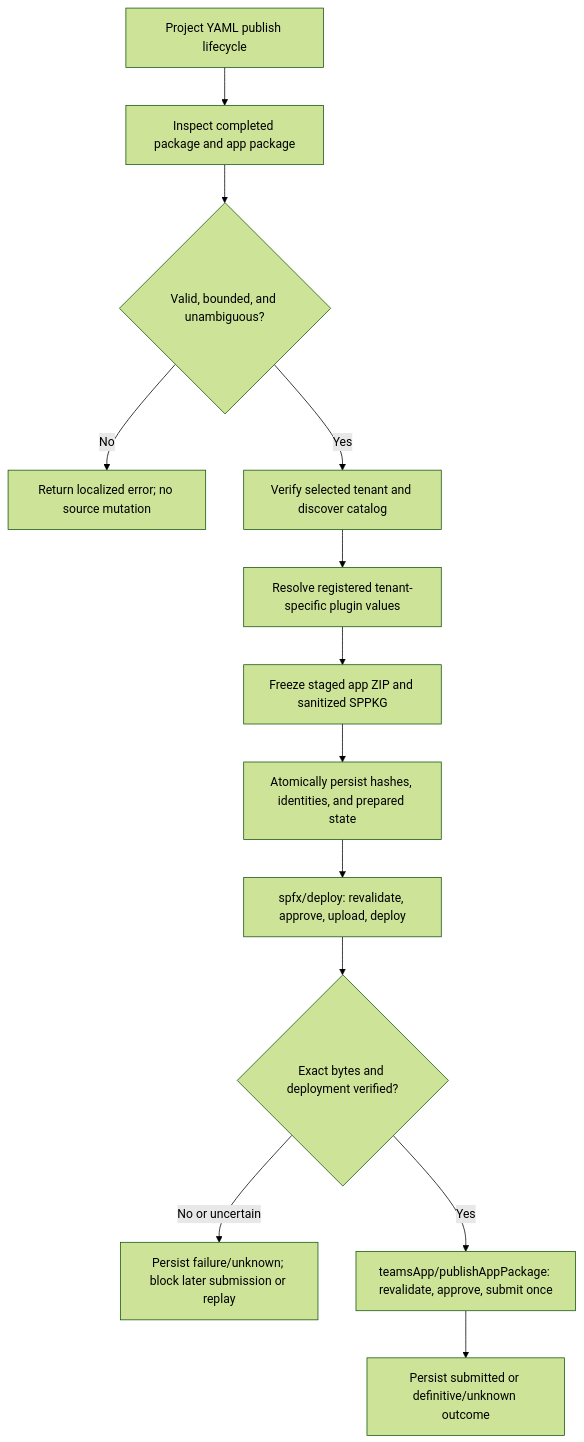
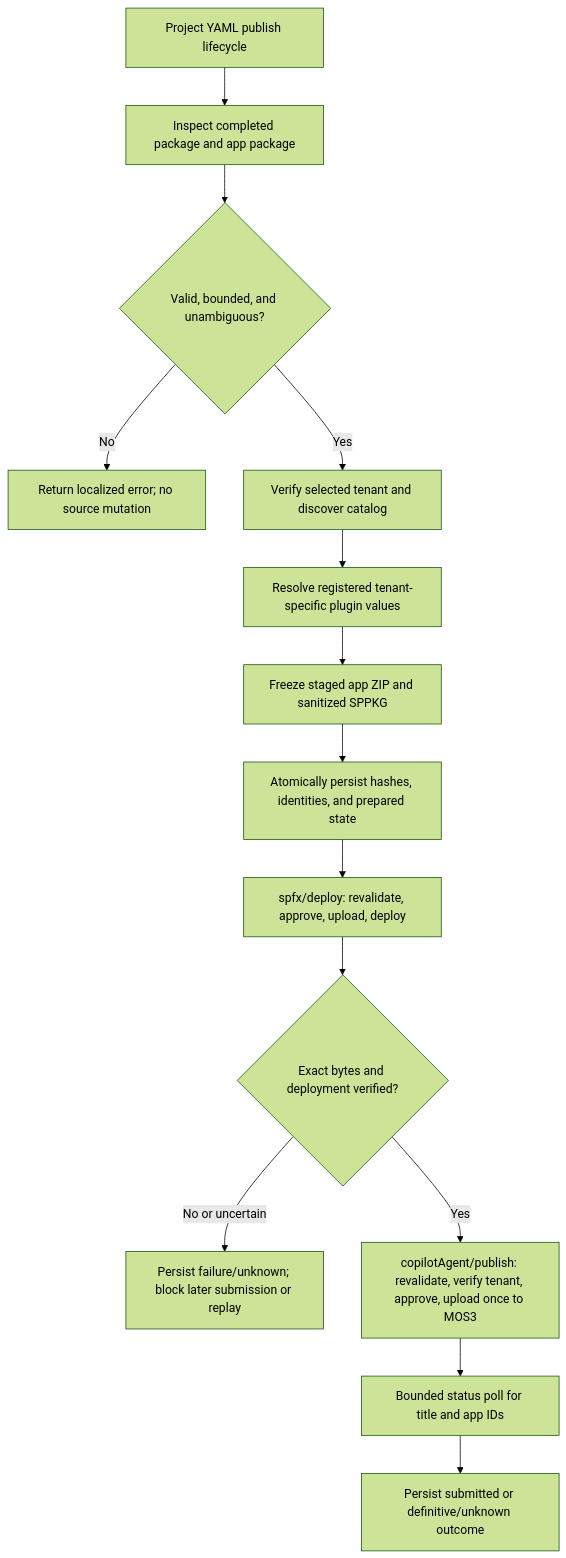
One commit to OfficeDev/microsoft-365-agents-toolkit changed the first of 2 diagrams in docs/03-specs/operations/lifecycle/prepare-spfx-publication.md. Above: the diagram before and after it, drawn with Mermaid (forest theme). The commit also changed other lines of this file and 27 other files, not shown here.

First line of the commit message:
feat(fx-core): publish prepared SharePoint packages through copilotAgent/publish

````diff
--- a/docs/03-specs/operations/lifecycle/prepare-spfx-publication.md
+++ b/docs/03-specs/operations/lifecycle/prepare-spfx-publication.md
@@ -94,15 +109,16 @@
 ```mermaid
 flowchart TD
   Input[Project YAML publish lifecycle] --> Prepare[Inspect completed package and app package]
   Prepare --> Bounds{Valid, bounded, and unambiguous?}
   Bounds -->|No| Fail[Return localized error; no source mutation]
   Bounds -->|Yes| Discover[Verify selected tenant and discover catalog]
   Discover --> Resolve[Resolve registered tenant-specific plugin values]
   Resolve --> Stage[Freeze staged app ZIP and sanitized SPPKG]
   Stage --> Journal[Atomically persist hashes, identities, and prepared state]
   Journal --> Deploy[spfx/deploy: revalidate, approve, upload, deploy]
   Deploy --> Verify{Exact bytes and deployment verified?}
   Verify -->|No or uncertain| Hold[Persist failure/unknown; block later submission or replay]
-  Verify -->|Yes| Submit[teamsApp/publishAppPackage: revalidate, approve, submit once]
-  Submit --> Complete[Persist submitted or definitive/unknown outcome]
+  Verify -->|Yes| Submit[copilotAgent/publish: revalidate, verify tenant, approve, upload once to MOS3]
+  Submit --> Poll[Bounded status poll for title and app IDs]
+  Poll --> Complete[Persist submitted or definitive/unknown outcome]
 ```
````
